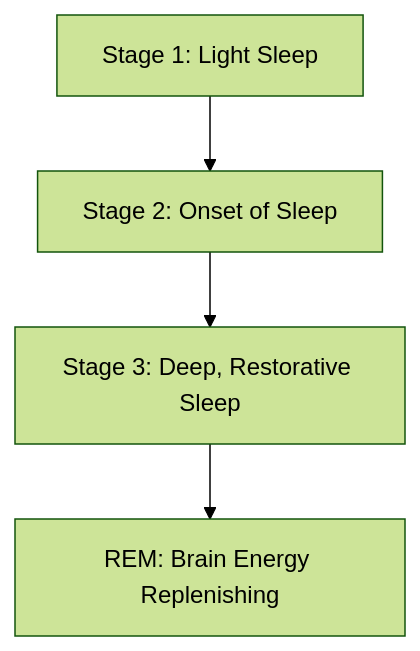
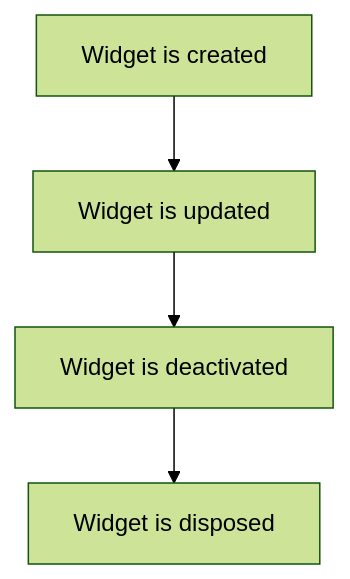
One commit to leoafarias/superdeck changed the diagram in packages/dash_deck_demo/temp.mmd. Above: the diagram before and after it, drawn with Mermaid (forest theme). The commit also changed 5 other files, not shown here.

```diff
--- a/packages/dash_deck_demo/temp.mmd
+++ b/packages/dash_deck_demo/temp.mmd
@@ -1,5 +1,9 @@
 
 graph TB
-A[Stage 1: Light Sleep] --> B[Stage 2: Onset of Sleep]
-B --> C[Stage 3: Deep, Restorative Sleep]
-C --> D[REM: Brain Energy Replenishing]
+A[Widget is created]
+B[Widget is updated]
+C[Widget is deactivated]
+D[Widget is disposed]
+A-->B
+B-->C
+C-->D
```
